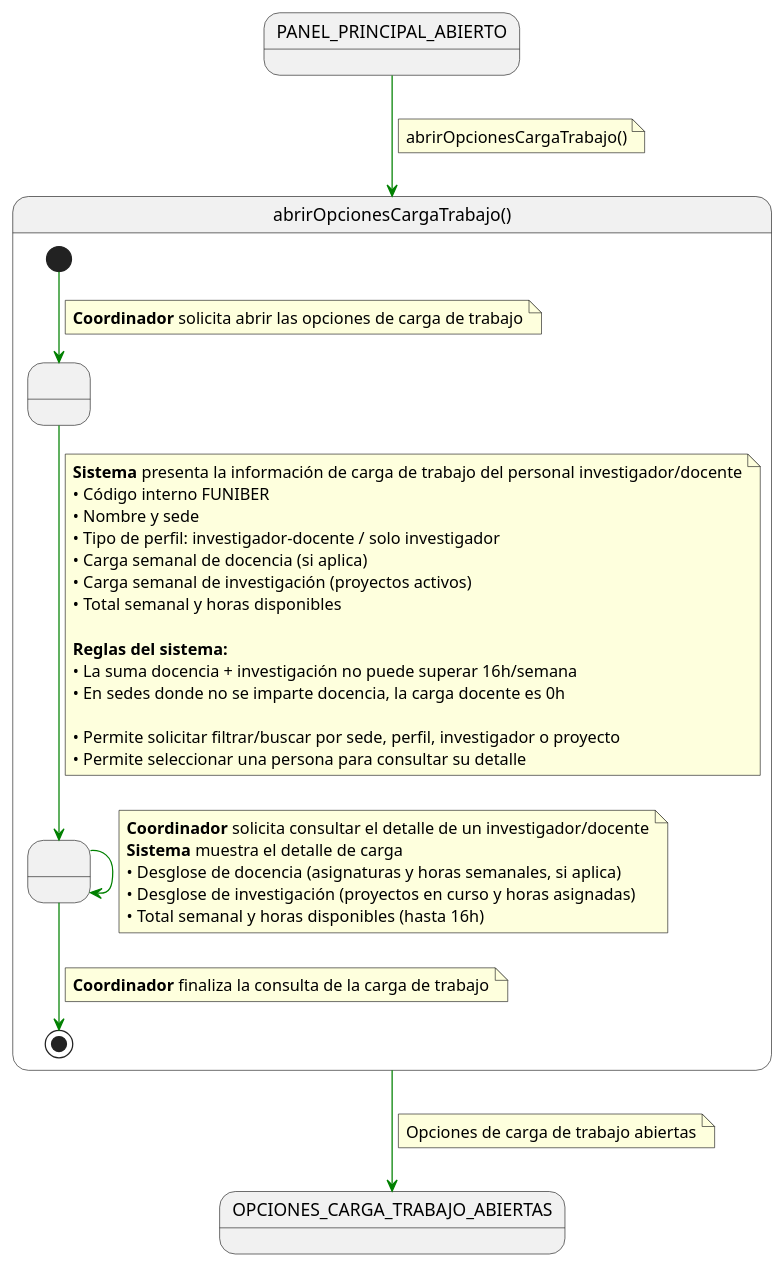
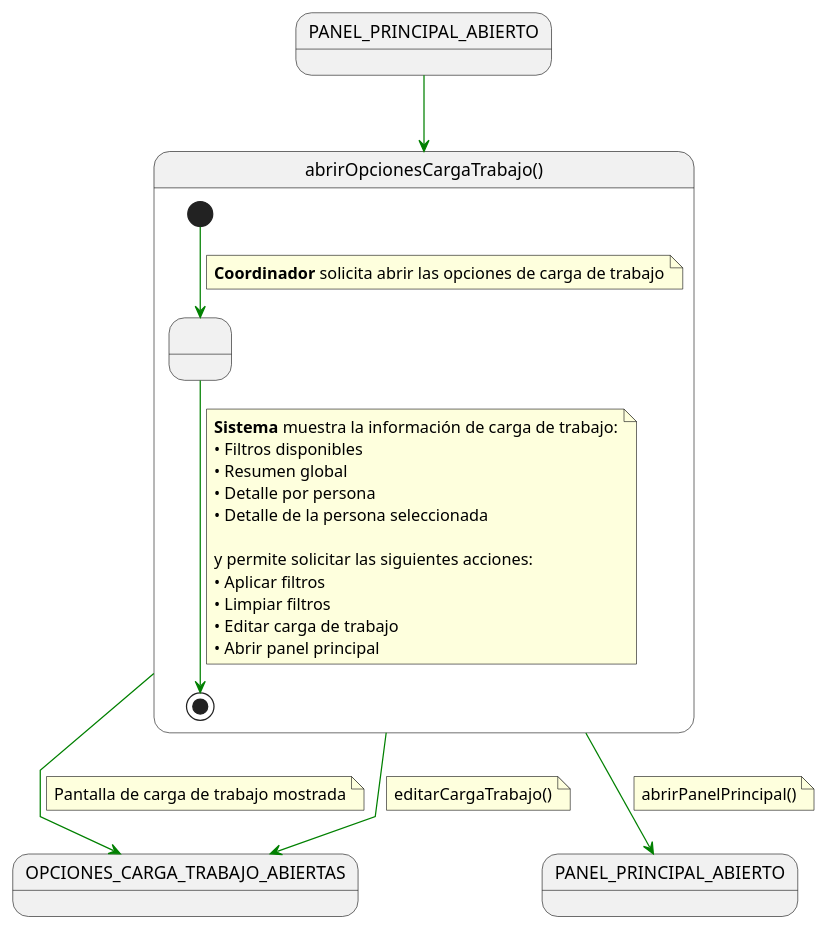
Before and after one commit to 31Diego/25-26-IdSw1-SdR: the diagram in documents/casosDeUso/detalle/coordinador/06-carga-trabajo/abrirOpcionesCargaTrabajo/abrirOpcionesCargaTrabajo.puml, drawn with PlantUML. The commit also changed other lines of this file and 13 other files, not shown here.

Commit message:
Agrego las acciones del sistema detallados

```diff
--- a/documents/casosDeUso/detalle/coordinador/06-carga-trabajo/abrirOpcionesCargaTrabajo/abrirOpcionesCargaTrabajo.puml
+++ b/documents/casosDeUso/detalle/coordinador/06-carga-trabajo/abrirOpcionesCargaTrabajo/abrirOpcionesCargaTrabajo.puml
@@ -1,58 +1,47 @@
 @startuml abrirOpcionesCargaTrabajo
+skinparam linetype polyline
 
-skinparam linetype polyline
+state in1 as "PANEL_PRINCIPAL_ABIERTO"
+in1 -[#green]-> abrirOpcionesCargaTrabajo
 
 state abrirOpcionesCargaTrabajo as "abrirOpcionesCargaTrabajo()" {
 
-    state " " as MostrandoCargaTrabajo
-    state " " as ConsultandoDetalle
+    state " " as CargandoCargaTrabajo
 
-    [*] -[#green]-> MostrandoCargaTrabajo
+    [*] -[#green]-> CargandoCargaTrabajo
     note on link
     <b>Coordinador</b> solicita abrir las opciones de carga de trabajo
     end note
 
-    MostrandoCargaTrabajo -[#green]-> ConsultandoDetalle
+    CargandoCargaTrabajo -[#green]-> [*]
     note on link
-    <b>Sistema</b> presenta la información de carga de trabajo del personal investigador/docente
-    • Código interno FUNIBER
-    • Nombre y sede
-    • Tipo de perfil: investigador-docente / solo investigador
-    • Carga semanal de docencia (si aplica)
-    • Carga semanal de investigación (proyectos activos)
-    • Total semanal y horas disponibles
+    <b>Sistema</b> muestra la información de carga de trabajo:
+    • Filtros disponibles
+    • Resumen global
+    • Detalle por persona
+    • Detalle de la persona seleccionada
 
-    <b>Reglas del sistema:</b>
-    • La suma docencia + investigación no puede superar 16h/semana
-    • En sedes donde no se imparte docencia, la carga docente es 0h
-
-    • Permite solicitar filtrar/buscar por sede, perfil, investigador o proyecto
-    • Permite seleccionar una persona para consultar su detalle
-    end note
-
-    ConsultandoDetalle -[#green]-> ConsultandoDetalle
-    note on link
-    <b>Coordinador</b> solicita consultar el detalle de un investigador/docente
-    <b>Sistema</b> muestra el detalle de carga
-    • Desglose de docencia (asignaturas y horas semanales, si aplica)
-    • Desglose de investigación (proyectos en curso y horas asignadas)
-    • Total semanal y horas disponibles (hasta 16h)
-    end note
-
-    ConsultandoDetalle -[#green]-> [*]
-    note on link
-    <b>Coordinador</b> finaliza la consulta de la carga de trabajo
+    y permite solicitar las siguientes acciones:
+    • Aplicar filtros
+    • Limpiar filtros
+    • Editar carga de trabajo
+    • Abrir panel principal
     end note
 }
 
-PANEL_PRINCIPAL_ABIERTO -[#green]-> abrirOpcionesCargaTrabajo
+abrirOpcionesCargaTrabajo -[#green]-> OPCIONES_CARGA_TRABAJO_ABIERTAS
 note on link
-abrirOpcionesCargaTrabajo()
+Pantalla de carga de trabajo mostrada
 end note
 
 abrirOpcionesCargaTrabajo -[#green]-> OPCIONES_CARGA_TRABAJO_ABIERTAS
 note on link
-Opciones de carga de trabajo abiertas
+editarCargaTrabajo()
+end note
+
+abrirOpcionesCargaTrabajo -[#green]-> PANEL_PRINCIPAL_ABIERTO
+note on link
+abrirPanelPrincipal()
 end note
 
 @enduml
```
